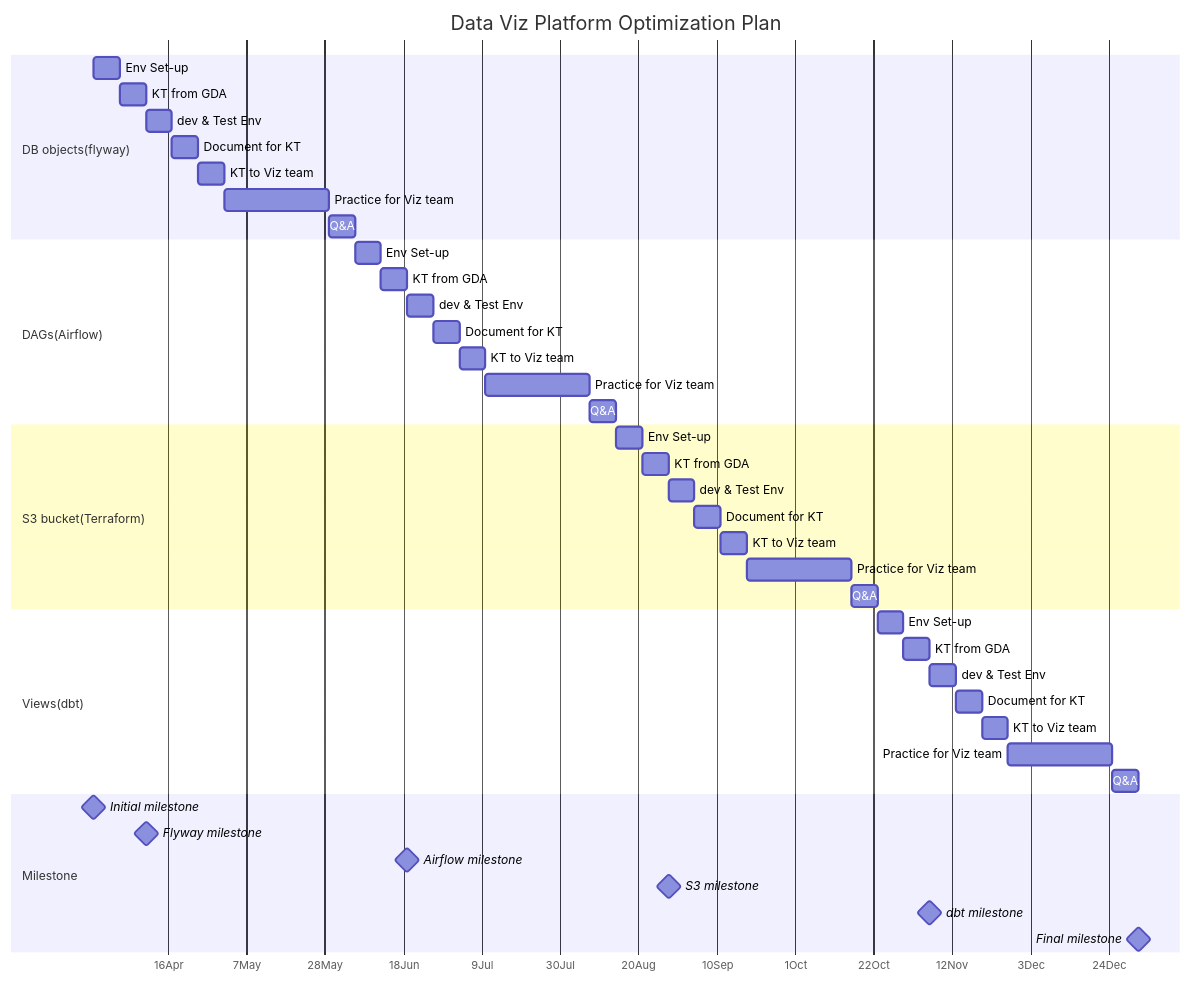
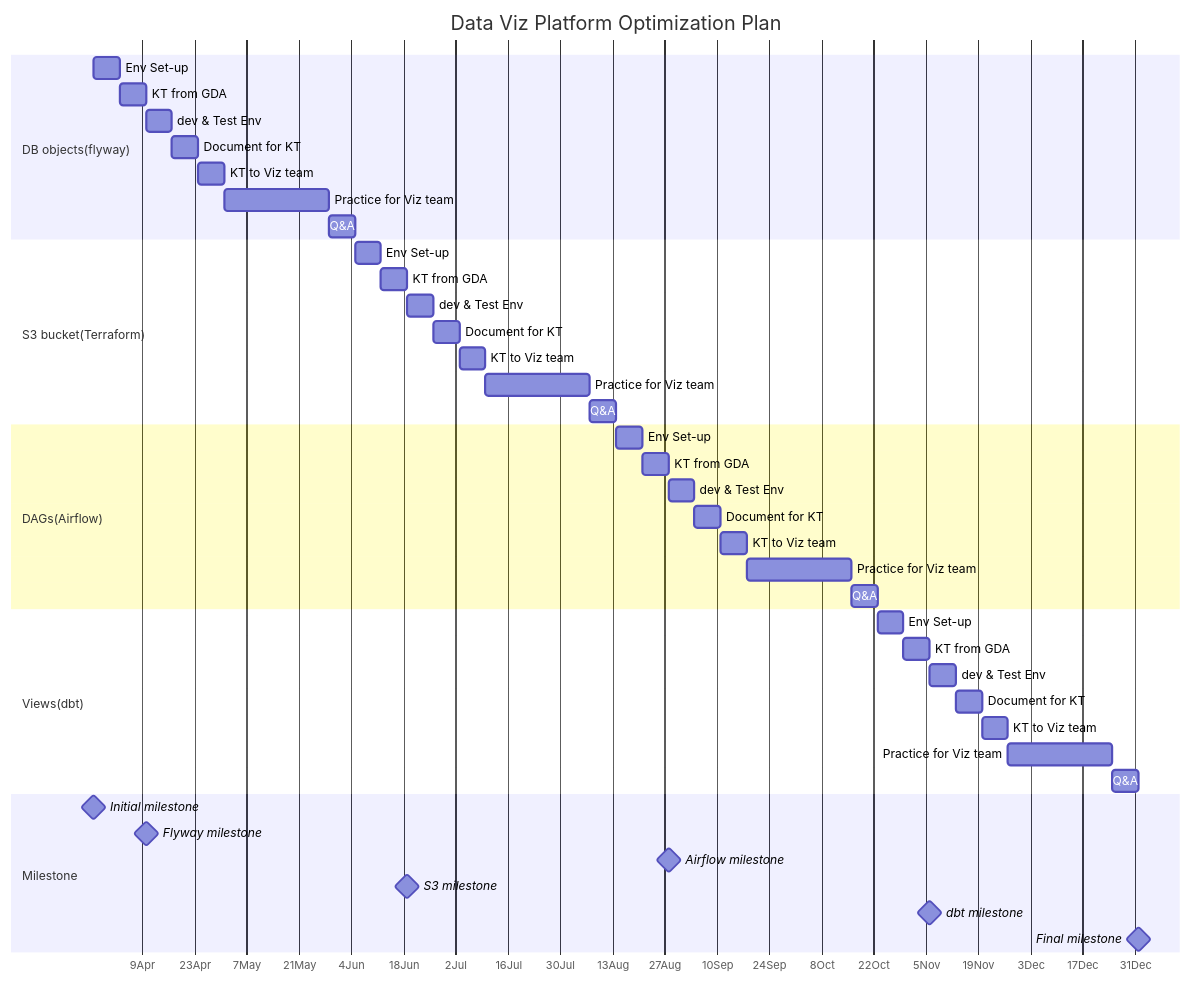
One commit to Jamesxuxiao/plan changed the diagram in README.md. Above: the diagram before and after it, drawn with Mermaid.

````diff
--- a/README.md
+++ b/README.md
@@ -6,58 +6,57 @@
 ```mermaid
 gantt
     dateFormat  YYYY-MM-DD
     title       Data Viz Platform Optimization Plan
     axisFormat %e%b
     todayMarker on
     %%excludes    weekends
-    tickInterval 3week
+    tickInterval 2week
     %% (`excludes` accepts specific dates in YYYY-MM-DD format, days of the week ("sunday") or "weekends", but not the word "weekdays".)
 
 
     section A ridiculously <br> long section <br> name
 
     section DB objects(flyway)
     Env Set-up                  :    des11, after m0, 1w
     KT from GDA                 :    des12, after des11, 1w
     dev & Test Env              :    des13, after des12, 1w
     Document for KT             :    des14, after des13, 1w
     KT to Viz team              :    des15, after des14, 1w
     Practice for Viz team       :    des16, after des15, 4w
     Q&A                         :    des17, after des16, 1w
     
+    section S3 bucket(Terraform)
+    Env Set-up                  :    des31, after des17, 1w
+    KT from GDA                 :    des32, after des31, 1w
+    dev & Test Env              :    des33, after des32, 1w
+    Document for KT             :    des34, after des33, 1w
+    KT to Viz team              :    des35, after des34, 1w
+    Practice for Viz team       :    des36, after des35, 4w
+    Q&A                         :    des37, after des36, 1w
 
     section DAGs(Airflow)
-    Env Set-up                  :    des21, after des17, 1w
+    Env Set-up                  :    des21, after des37, 1w
     KT from GDA                 :    des22, after des21, 1w
     dev & Test Env              :    des23, after des22, 1w
     Document for KT             :    des24, after des23, 1w
     KT to Viz team              :    des25, after des24, 1w
     Practice for Viz team       :    des26, after des25, 4w
     Q&A                         :    des27, after des26, 1w
 
-    section S3 bucket(Terraform)
-    Env Set-up                  :    des31, after des27, 1w
-    KT from GDA                 :    des32, after des31, 1w
-    dev & Test Env              :    des33, after des32, 1w
-    Document for KT             :    des34, after des33, 1w
-    KT to Viz team              :    des35, after des34, 1w
-    Practice for Viz team       :    des36, after des35, 4w
-    Q&A                         :    des37, after des36, 1w
-
     section Views(dbt)
-    Env Set-up                  :    des41, after des37, 1w
+    Env Set-up                  :    des41, after des27, 1w
     KT from GDA                 :    des42, after des41, 1w
     dev & Test Env              :    des43, after des42, 1w
     Document for KT             :    des44, after des43, 1w
     KT to Viz team              :    des45, after des44, 1w
     Practice for Viz team       :    des46, after des45, 4w
     Q&A                         :    des47, after des46, 1w
 
     section Milestone
     Initial milestone : milestone, m0, 2023-03-27,2min
     Flyway milestone : milestone, m1, after des12, 2min
     Airflow milestone : milestone, m2, after des22, 2min
     S3 milestone : milestone, m3, after des32, 2min
     dbt milestone : milestone, m4, after des42, 2min
     Final milestone : milestone, m5, after des47, 2min
 ```
````
